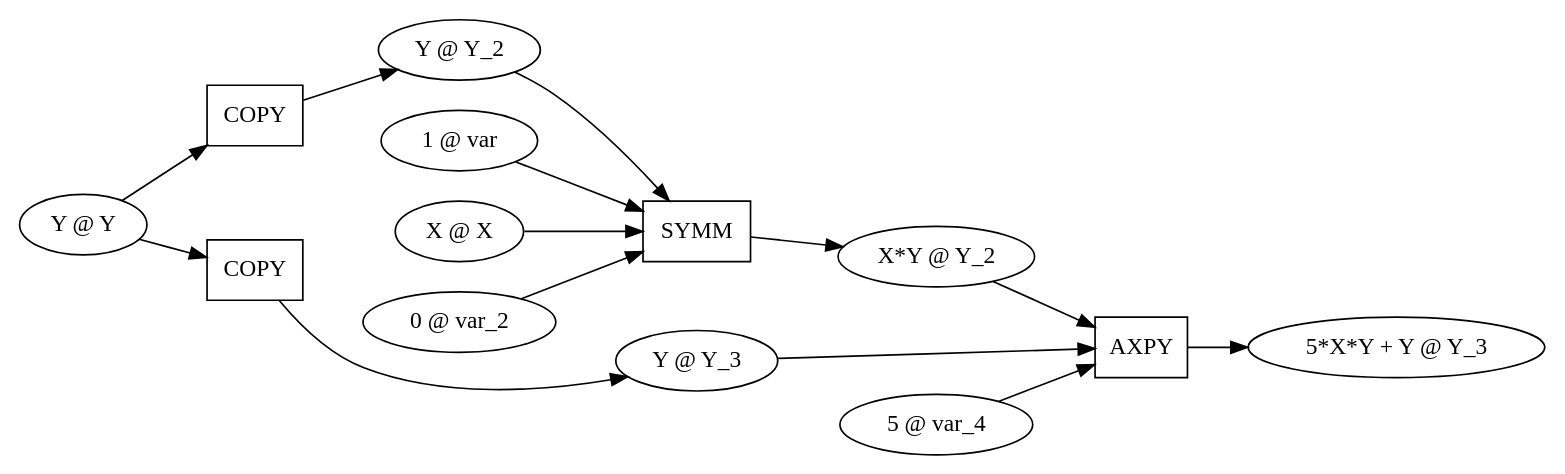
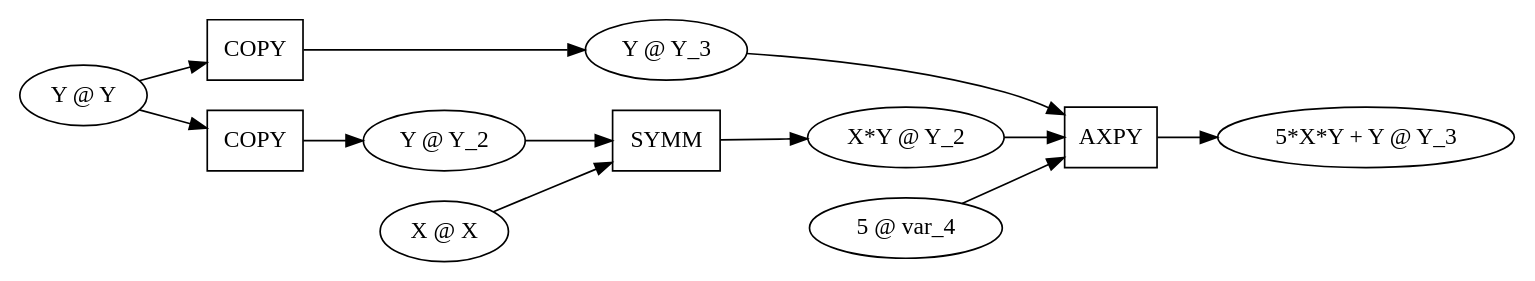
The diagram in images/symm-axpy-inplace.dot (mrocklin/thesis), drawn with Graphviz before and after one commit. The commit also changed 7 other files, not shown here.

```diff
--- a/images/symm-axpy-inplace.dot
+++ b/images/symm-axpy-inplace.dot
@@ -1,34 +1,30 @@
 
 digraph{
 
 rankdir=LR
 
 "Y @ Y" [shape=ellipse]
+"Y @ Y_3" [shape=ellipse]
 "Y @ Y_2" [shape=ellipse]
-"1 @ var" [shape=ellipse]
 "X @ X" [shape=ellipse]
-"0 @ var_2" [shape=ellipse]
 "X*Y @ Y_2" [shape=ellipse]
-"Y @ Y_3" [shape=ellipse]
 "5 @ var_4" [shape=ellipse]
 "5*X*Y + Y @ Y_3" [shape=ellipse]
 
+"[Y @ Y] -> COPY -> [Y @ Y_3]" [shape=box, label="COPY"]
 "[Y @ Y] -> COPY -> [Y @ Y_2]" [shape=box, label="COPY"]
 "[1 @ var, X @ X, Y @ Y_2, 0 @ var_2, Y @ Y_2] -> SYMM -> [X*Y @ Y_2]" [shape=box, label="SYMM"]
-"[Y @ Y] -> COPY -> [Y @ Y_3]" [shape=box, label="COPY"]
 "[5 @ var_4, X*Y @ Y_2, Y @ Y_3] -> AXPY -> [5*X*Y + Y @ Y_3]" [shape=box, label="AXPY"]
 
+"Y @ Y" -> "[Y @ Y] -> COPY -> [Y @ Y_3]"
+"[Y @ Y] -> COPY -> [Y @ Y_3]" -> "Y @ Y_3"
 "Y @ Y" -> "[Y @ Y] -> COPY -> [Y @ Y_2]"
 "[Y @ Y] -> COPY -> [Y @ Y_2]" -> "Y @ Y_2"
-"1 @ var" -> "[1 @ var, X @ X, Y @ Y_2, 0 @ var_2, Y @ Y_2] -> SYMM -> [X*Y @ Y_2]"
 "X @ X" -> "[1 @ var, X @ X, Y @ Y_2, 0 @ var_2, Y @ Y_2] -> SYMM -> [X*Y @ Y_2]"
 "Y @ Y_2" -> "[1 @ var, X @ X, Y @ Y_2, 0 @ var_2, Y @ Y_2] -> SYMM -> [X*Y @ Y_2]"
-"0 @ var_2" -> "[1 @ var, X @ X, Y @ Y_2, 0 @ var_2, Y @ Y_2] -> SYMM -> [X*Y @ Y_2]"
 "[1 @ var, X @ X, Y @ Y_2, 0 @ var_2, Y @ Y_2] -> SYMM -> [X*Y @ Y_2]" -> "X*Y @ Y_2"
-"Y @ Y" -> "[Y @ Y] -> COPY -> [Y @ Y_3]"
-"[Y @ Y] -> COPY -> [Y @ Y_3]" -> "Y @ Y_3"
 "5 @ var_4" -> "[5 @ var_4, X*Y @ Y_2, Y @ Y_3] -> AXPY -> [5*X*Y + Y @ Y_3]"
 "X*Y @ Y_2" -> "[5 @ var_4, X*Y @ Y_2, Y @ Y_3] -> AXPY -> [5*X*Y + Y @ Y_3]"
 "Y @ Y_3" -> "[5 @ var_4, X*Y @ Y_2, Y @ Y_3] -> AXPY -> [5*X*Y + Y @ Y_3]"
 "[5 @ var_4, X*Y @ Y_2, Y @ Y_3] -> AXPY -> [5*X*Y + Y @ Y_3]" -> "5*X*Y + Y @ Y_3"
 }
```
